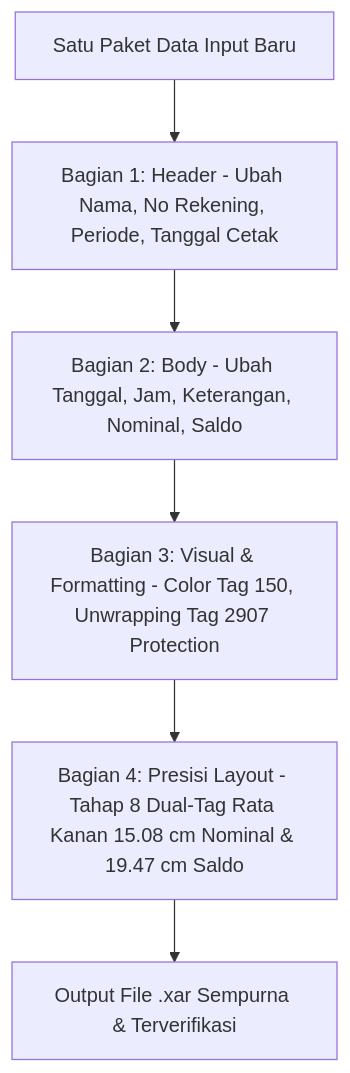
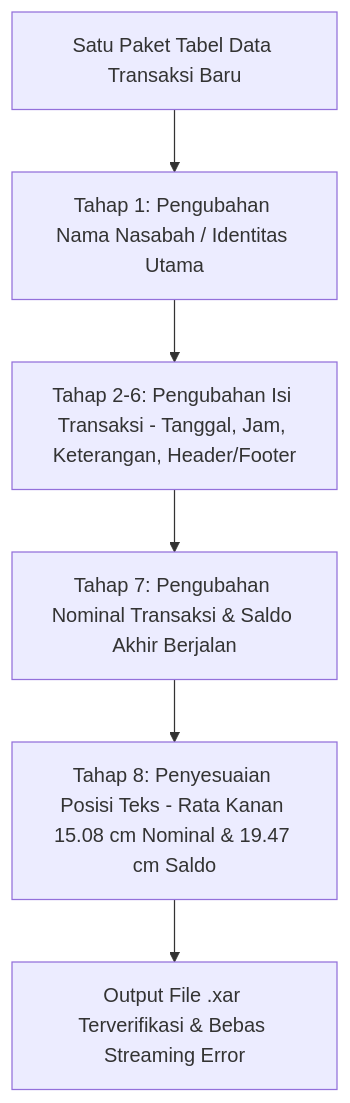
The diagram in KNOWLEDGE_BASE_XARA_PROCEDURES_AND_ERRORS.md (manualcorrect/xara_copilot), drawn with Mermaid before and after one commit. The commit also changed other lines of this file and 1 other file, not shown here.

Commit message:
fix: auto-sync record size in save() to fix Xara streaming error & align Tahap 1-8 definitions

````diff
--- a/KNOWLEDGE_BASE_XARA_PROCEDURES_AND_ERRORS.md
+++ b/KNOWLEDGE_BASE_XARA_PROCEDURES_AND_ERRORS.md
@@ -13,8 +13,8 @@
 ```mermaid
 flowchart TD
-    A[Satu Paket Data Input Baru] --> B[Bagian 1: Header - Ubah Nama, No Rekening, Periode, Tanggal Cetak]
-    B --> C[Bagian 2: Body - Ubah Tanggal, Jam, Keterangan, Nominal, Saldo]
-    C --> D[Bagian 3: Visual & Formatting - Color Tag 150, Unwrapping Tag 2907 Protection]
-    D --> E[Bagian 4: Presisi Layout - Tahap 8 Dual-Tag Rata Kanan 15.08 cm Nominal & 19.47 cm Saldo]
-    E --> F[Output File .xar Sempurna & Terverifikasi]
+    A[Satu Paket Tabel Data Transaksi Baru] --> B[Tahap 1: Pengubahan Nama Nasabah / Identitas Utama]
+    B --> C[Tahap 2-6: Pengubahan Isi Transaksi - Tanggal, Jam, Keterangan, Header/Footer]
+    C --> D[Tahap 7: Pengubahan Nominal Transaksi & Saldo Akhir Berjalan]
+    D --> E[Tahap 8: Penyesuaian Posisi Teks - Rata Kanan 15.08 cm Nominal & 19.47 cm Saldo]
+    E --> F[Output File .xar Terverifikasi & Bebas Streaming Error]
 ```
````
